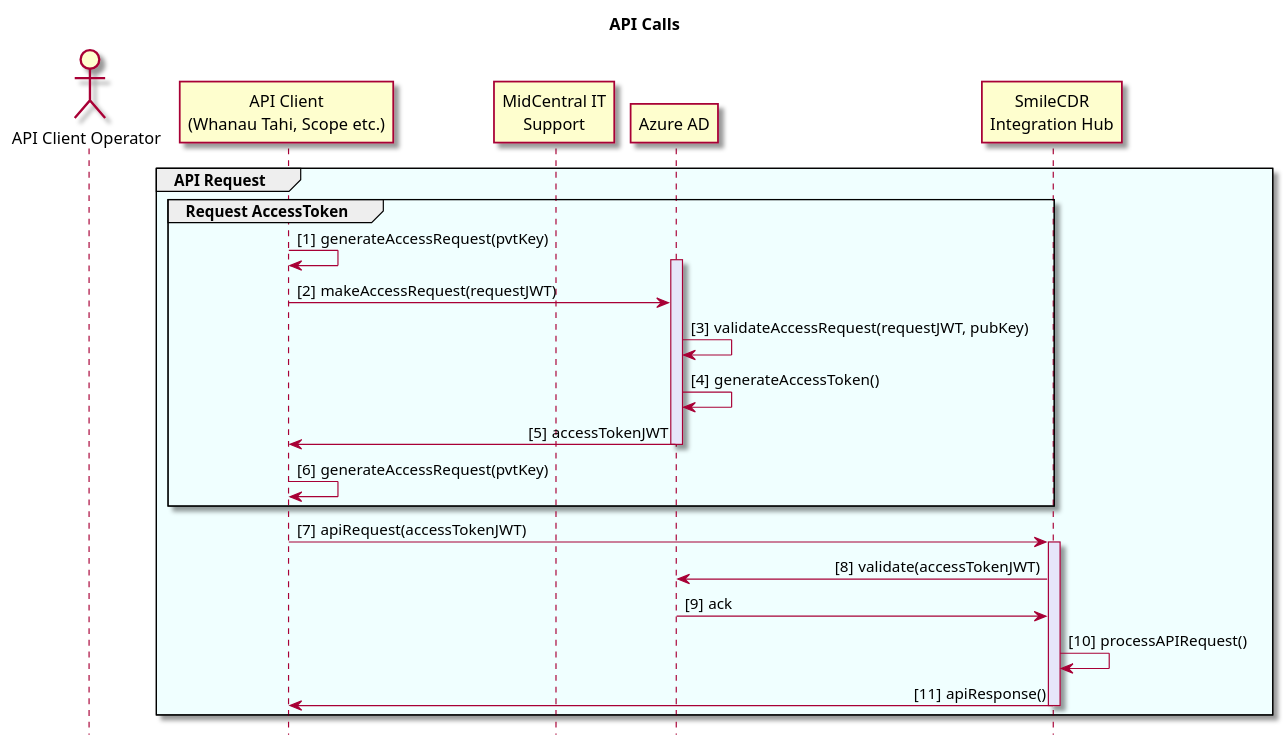
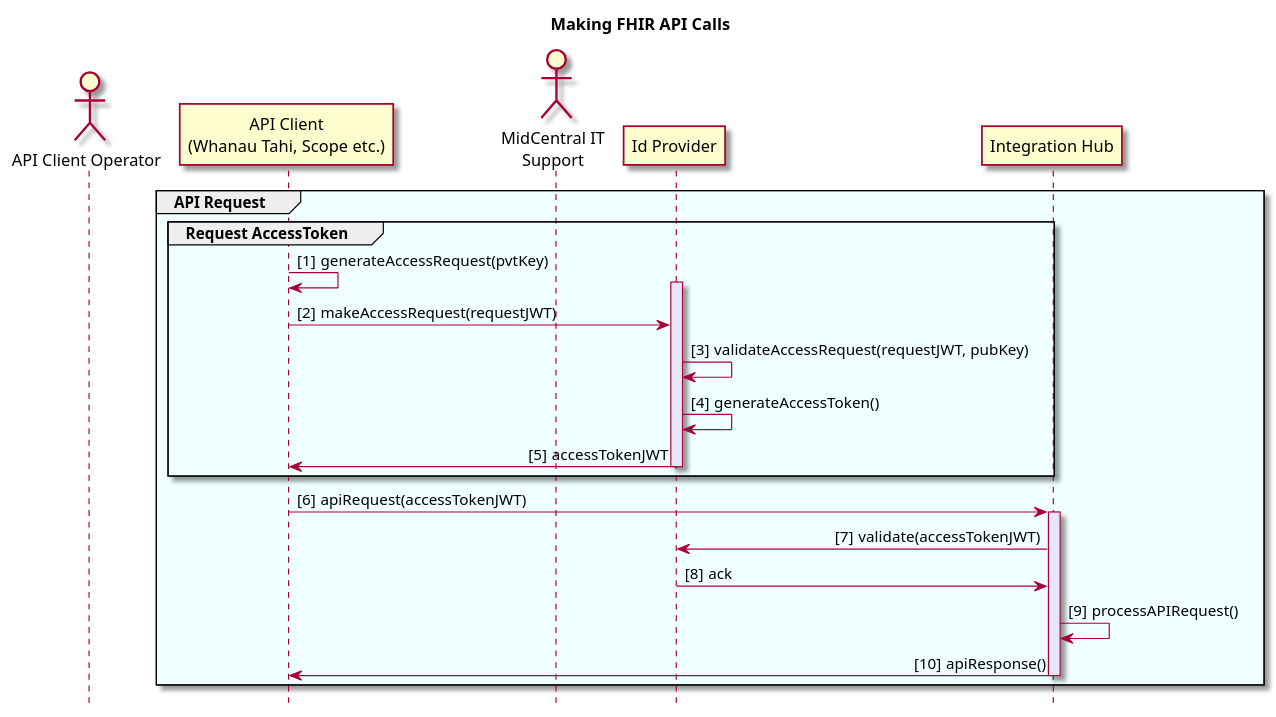
The diagram in input/images-source/apiRequest.plantuml (tewhatuora/centralRegion-integrationHub-ig), drawn with PlantUML before and after one commit. The commit also changed 28 other files, not shown here.

```diff
--- a/input/images-source/apiRequest.plantuml
+++ b/input/images-source/apiRequest.plantuml
@@ -1,38 +1,37 @@
 @startuml
 skin rose
 autonumber "[#]"
 hide footbox
 skinparam responseMessageBelowArrow true
 skinparam sequenceMessageAlign direction
 skinparam sequenceGroupBorderThickness 1
 
-title API Calls
+title Making FHIR API Calls
 
 actor "API Client Operator" as apiClientOp
 participant "API Client\n(Whanau Tahi, Scope etc.)" as apiClient
-participant "MidCentral IT\nSupport" as itSupport
-participant "Azure AD" as idProvider
-participant "SmileCDR\nIntegration Hub" as smileCDR
+actor "MidCentral IT\nSupport" as itSupport
+participant "Id Provider" as idProvider
+participant "Integration Hub" as smileCDR
 
 group #azure API Request
   group #azure Request AccessToken
     apiClient -> apiClient: generateAccessRequest(pvtKey)
 
     activate idProvider #lavender
     apiClient -> idProvider: makeAccessRequest(requestJWT)
     idProvider -> idProvider: validateAccessRequest(requestJWT, pubKey)
     idProvider -> idProvider: generateAccessToken()
     idProvider -> apiClient: accessTokenJWT
     deactivate idProvider
-    apiClient -> apiClient: generateAccessRequest(pvtKey)
   end
 
   apiClient -> smileCDR: apiRequest(accessTokenJWT)
   activate smileCDR #lavender
   smileCDR -> idProvider: validate(accessTokenJWT)
   idProvider -> smileCDR: ack
   smileCDR -> smileCDR: processAPIRequest()
   smileCDR -> apiClient: apiResponse()
   deactivate smileCDR
 end
 @enduml
```
